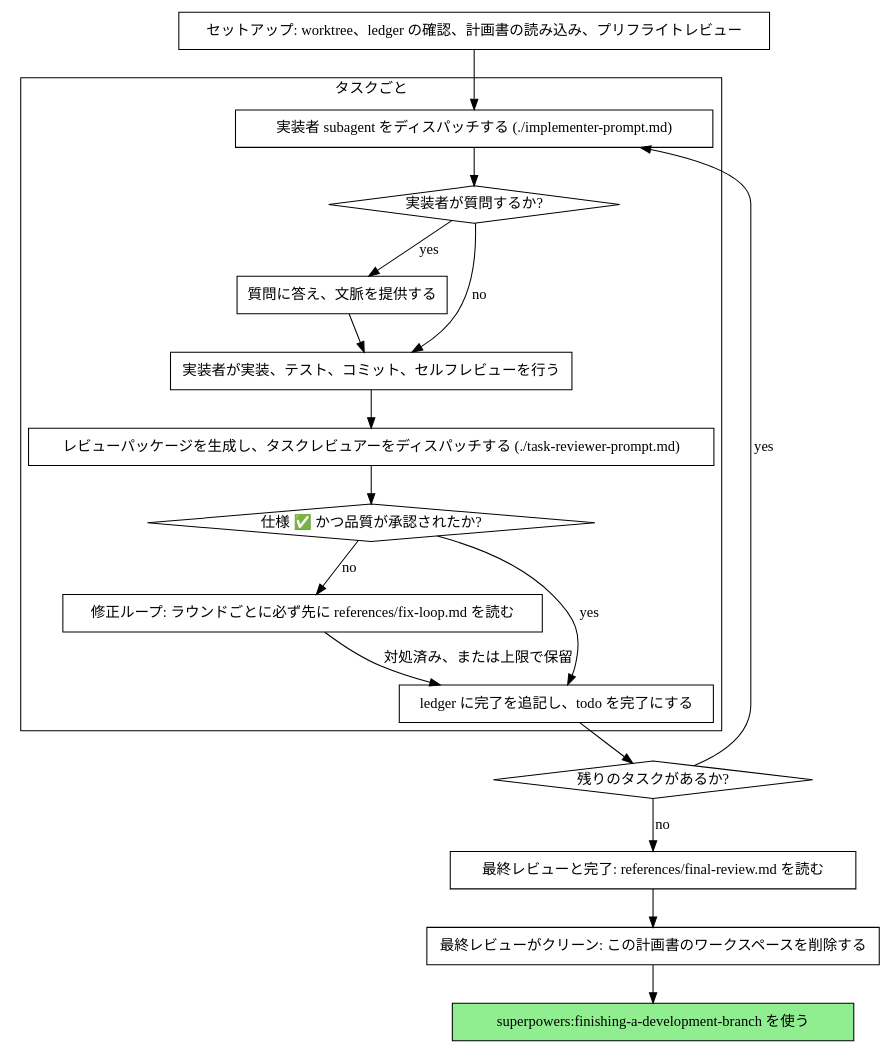
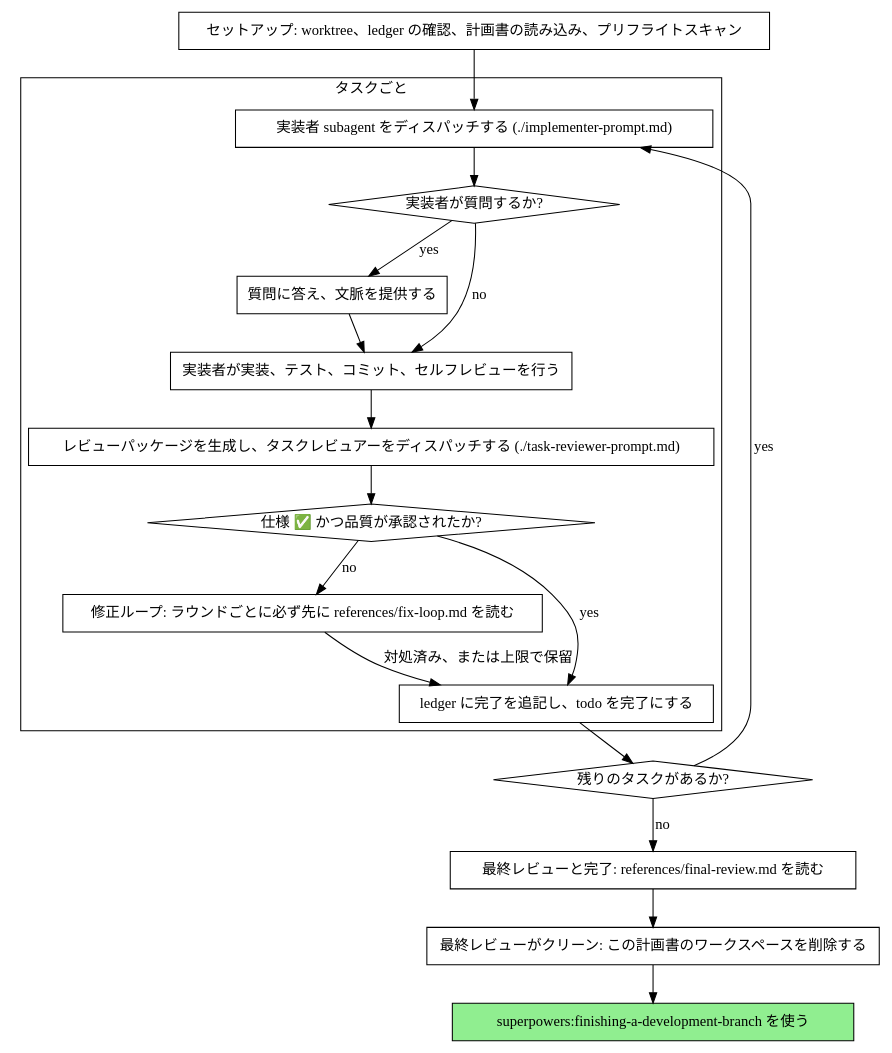
Before and after one commit to hiz8/dotfiles: the second of 2 diagrams in plugins/superpowers/skills/subagent-driven-development/SKILL.md, drawn with Graphviz. The commit also changed other lines of this file and 11 other files, not shown here.

````diff
--- a/plugins/superpowers/skills/subagent-driven-development/SKILL.md
+++ b/plugins/superpowers/skills/subagent-driven-development/SKILL.md
@@ -59,39 +59,39 @@
 ```dot
 digraph process {
     rankdir=TB;
 
     subgraph cluster_per_task {
         label="タスクごと";
         "実装者 subagent をディスパッチする (./implementer-prompt.md)" [shape=box];
         "実装者が質問するか?" [shape=diamond];
         "質問に答え、文脈を提供する" [shape=box];
         "実装者が実装、テスト、コミット、セルフレビューを行う" [shape=box];
         "レビューパッケージを生成し、タスクレビュアーをディスパッチする (./task-reviewer-prompt.md)" [shape=box];
         "仕様 ✅ かつ品質が承認されたか?" [shape=diamond];
         "修正ループ: ラウンドごとに必ず先に references/fix-loop.md を読む" [shape=box];
         "ledger に完了を追記し、todo を完了にする" [shape=box];
     }
 
-    "セットアップ: worktree、ledger の確認、計画書の読み込み、プリフライトレビュー" [shape=box];
+    "セットアップ: worktree、ledger の確認、計画書の読み込み、プリフライトスキャン" [shape=box];
     "残りのタスクがあるか?" [shape=diamond];
     "最終レビューと完了: references/final-review.md を読む" [shape=box];
     "最終レビューがクリーン: この計画書のワークスペースを削除する" [shape=box];
     "superpowers:finishing-a-development-branch を使う" [shape=box style=filled fillcolor=lightgreen];
 
-    "セットアップ: worktree、ledger の確認、計画書の読み込み、プリフライトレビュー" -> "実装者 subagent をディスパッチする (./implementer-prompt.md)";
+    "セットアップ: worktree、ledger の確認、計画書の読み込み、プリフライトスキャン" -> "実装者 subagent をディスパッチする (./implementer-prompt.md)";
     "実装者 subagent をディスパッチする (./implementer-prompt.md)" -> "実装者が質問するか?";
     "実装者が質問するか?" -> "質問に答え、文脈を提供する" [label="yes"];
     "質問に答え、文脈を提供する" -> "実装者が実装、テスト、コミット、セルフレビューを行う";
     "実装者が質問するか?" -> "実装者が実装、テスト、コミット、セルフレビューを行う" [label="no"];
     "実装者が実装、テスト、コミット、セルフレビューを行う" -> "レビューパッケージを生成し、タスクレビュアーをディスパッチする (./task-reviewer-prompt.md)";
     "レビューパッケージを生成し、タスクレビュアーをディスパッチする (./task-reviewer-prompt.md)" -> "仕様 ✅ かつ品質が承認されたか?";
     "仕様 ✅ かつ品質が承認されたか?" -> "ledger に完了を追記し、todo を完了にする" [label="yes"];
     "仕様 ✅ かつ品質が承認されたか?" -> "修正ループ: ラウンドごとに必ず先に references/fix-loop.md を読む" [label="no"];
     "修正ループ: ラウンドごとに必ず先に references/fix-loop.md を読む" -> "ledger に完了を追記し、todo を完了にする" [label="対処済み、または上限で保留"];
     "ledger に完了を追記し、todo を完了にする" -> "残りのタスクがあるか?";
     "残りのタスクがあるか?" -> "実装者 subagent をディスパッチする (./implementer-prompt.md)" [label="yes"];
     "残りのタスクがあるか?" -> "最終レビューと完了: references/final-review.md を読む" [label="no"];
     "最終レビューと完了: references/final-review.md を読む" -> "最終レビューがクリーン: この計画書のワークスペースを削除する";
     "最終レビューがクリーン: この計画書のワークスペースを削除する" -> "superpowers:finishing-a-development-branch を使う";
 }
 ```
````
